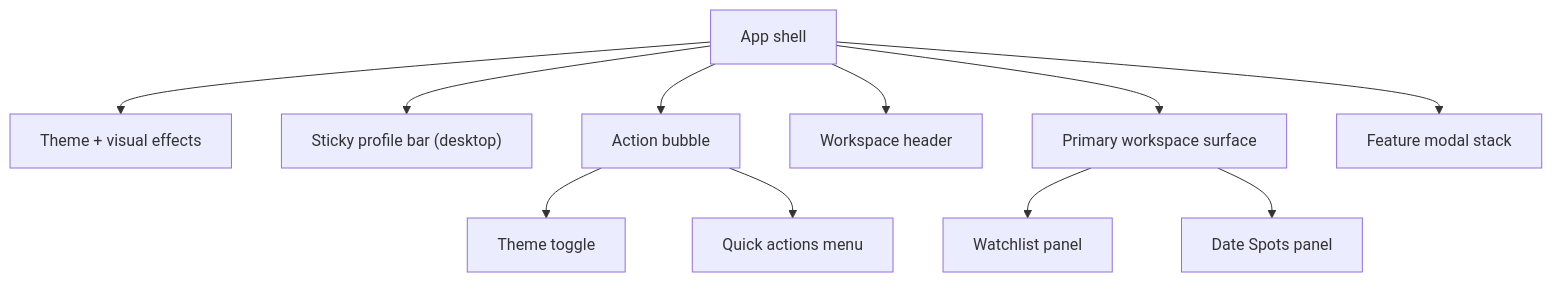
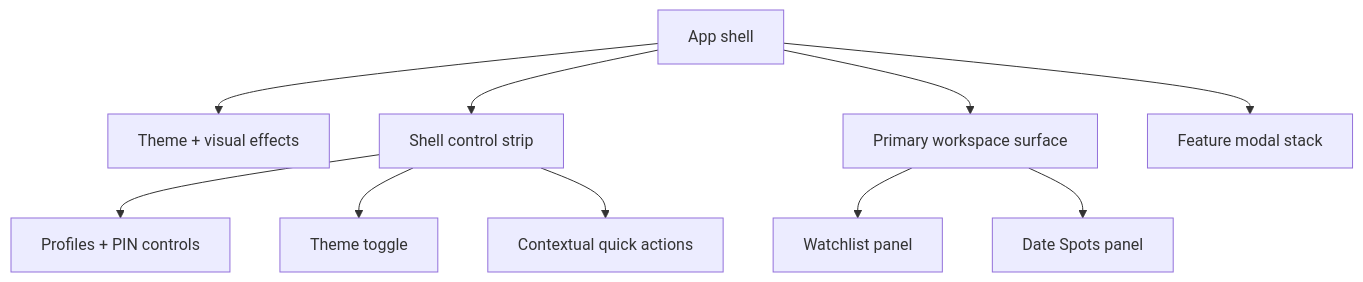
Before and after one commit to guitarbeat/electron: the diagram in docs/SITE_LAYOUT.md, drawn with Mermaid. The commit also changed other lines of this file and 6 other files, not shown here.

Commit message:
Replace floating launcher with static shell controls

````diff
--- a/docs/SITE_LAYOUT.md
+++ b/docs/SITE_LAYOUT.md
@@ -157,14 +144,13 @@
 ```mermaid
 flowchart TD
   App["App shell"]
   App --> Effects["Theme + visual effects"]
-  App --> Profiles["Sticky profile bar (desktop)"]
-  App --> Bubble["Action bubble"]
-  Bubble --> Toggle["Theme toggle"]
-  Bubble --> Fan["Quick actions menu"]
-  App --> Header["Workspace header"]
+  App --> Strip["Shell control strip"]
+  Strip --> Profiles["Profiles + PIN controls"]
+  Strip --> Toggle["Theme toggle"]
+  Strip --> Actions["Contextual quick actions"]
   App --> Surface["Primary workspace surface"]
   Surface --> Watch["Watchlist panel"]
   Surface --> Places["Date Spots panel"]
   App --> Modal["Feature modal stack"]
 ```
````
